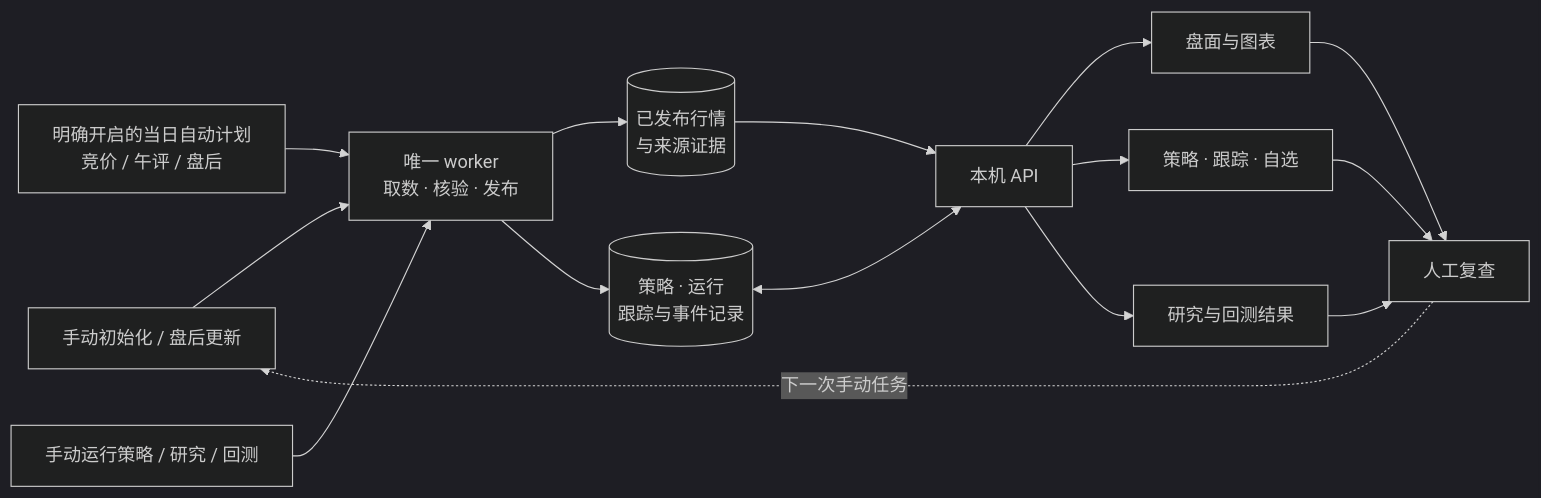
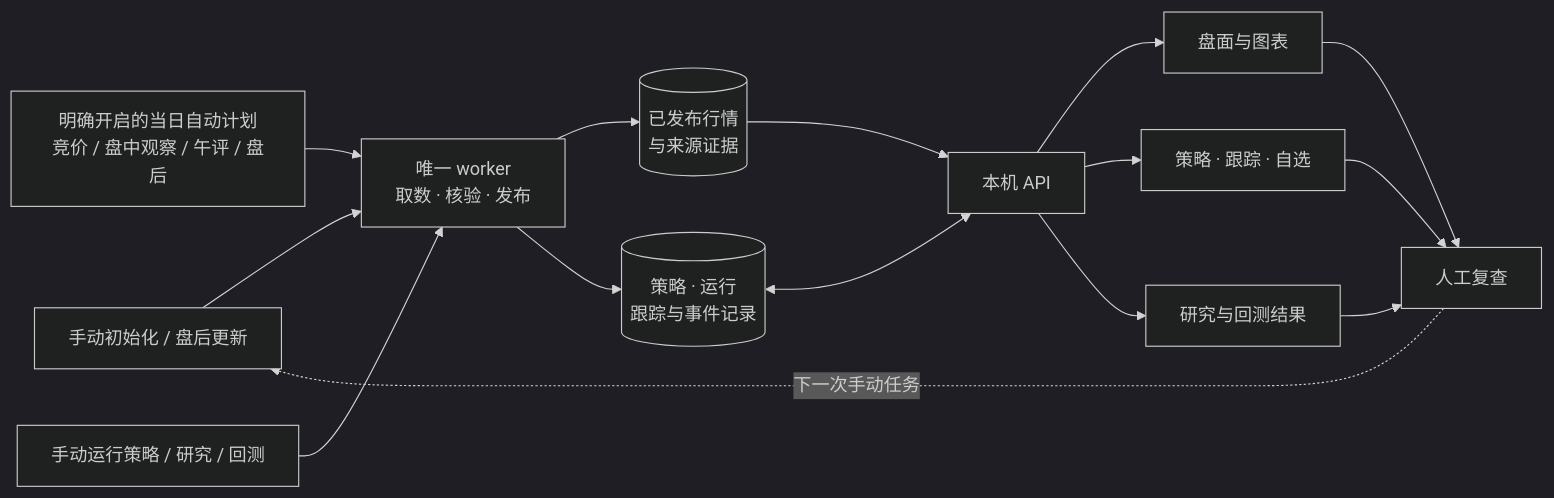
The diagram in README.md (DreamerXX0301/ad-market-review), drawn with Mermaid (dark theme) before and after one commit. The commit also changed other lines of this file and 14 other files, not shown here.

````diff
--- a/README.md
+++ b/README.md
@@ -205,17 +211,17 @@
 ```mermaid
 flowchart LR
     A["手动初始化 / 盘后更新"] --> B["唯一 worker<br/>取数 · 核验 · 发布"]
-    K["明确开启的当日自动计划<br/>竞价 / 午评 / 盘后"] --> B
+    K["明确开启的当日自动计划<br/>竞价 / 盘中观察 / 午评 / 盘后"] --> B
     B --> C[("已发布行情<br/>与来源证据")]
     B --> D[("策略 · 运行<br/>跟踪与事件记录")]
     E["手动运行策略 / 研究 / 回测"] --> B
     C --> F["本机 API"]
     D <--> F
     F --> G["盘面与图表"]
     F --> H["策略 · 跟踪 · 自选"]
     F --> I["研究与回测结果"]
     G --> J["人工复查"]
     H --> J
     I --> J
     J -. "下一次手动任务" .-> A
 ```
````
